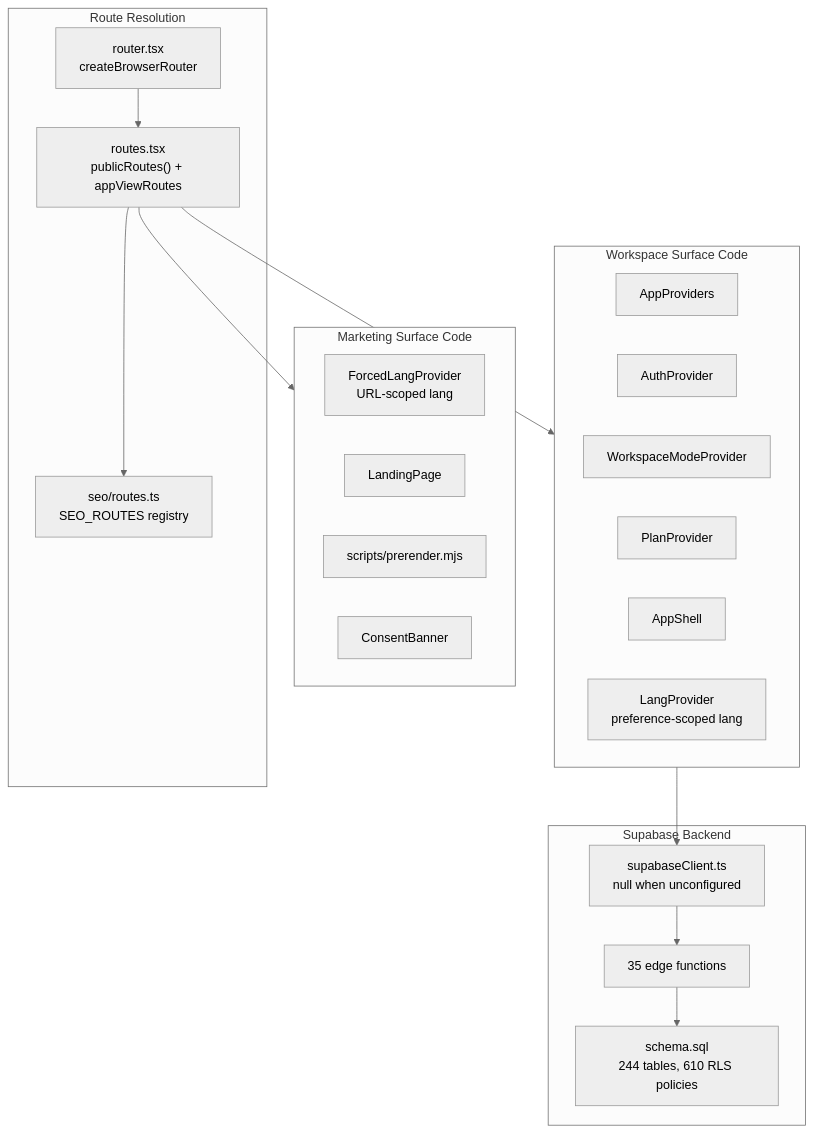
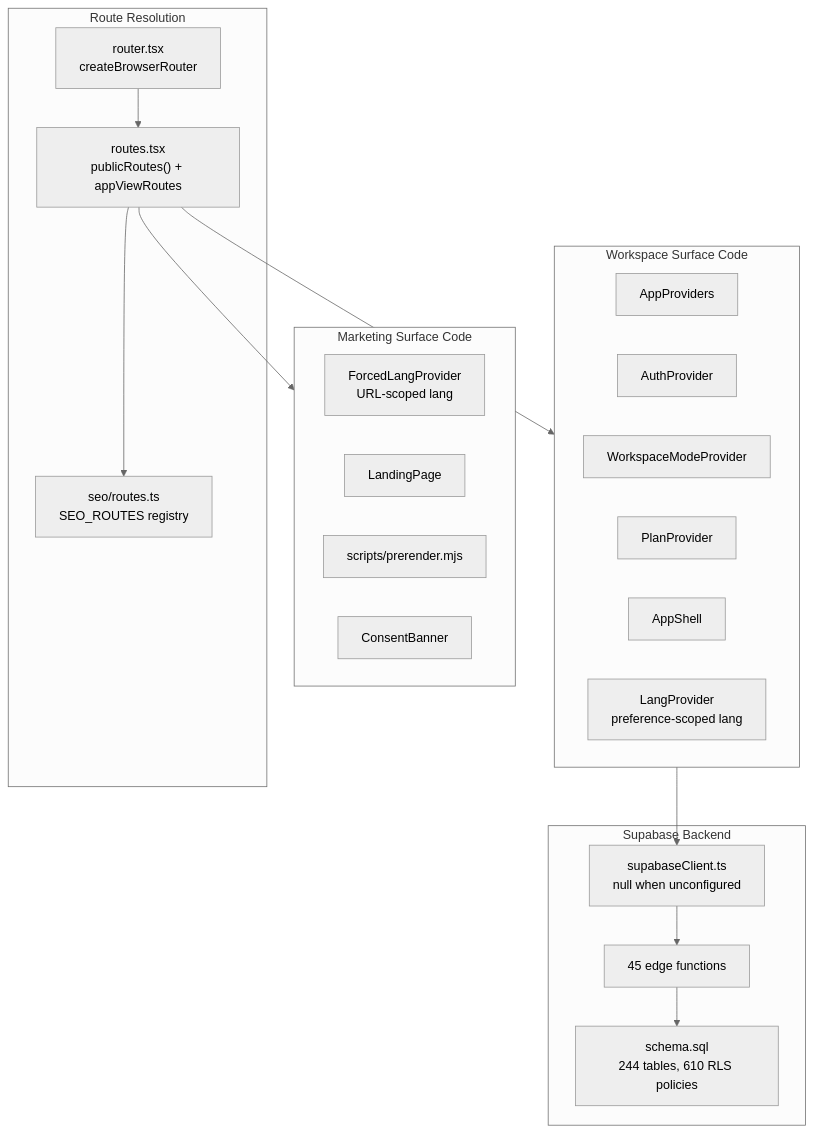
One commit to Dutiva-Canada/Dutiva_Web changed the second of 3 diagrams in docs/wiki/Home.md. Above: the diagram before and after it, drawn with Mermaid (neutral theme). The commit also changed other lines of this file and 590 other files, not shown here.

````diff
--- a/docs/wiki/Home.md
+++ b/docs/wiki/Home.md
@@ -142,38 +149,38 @@
 ```mermaid
 graph TB
     subgraph Routing["Route Resolution"]
         ROUTER["router.tsx<br>createBrowserRouter"]
         ROUTES["routes.tsx<br>publicRoutes() + appViewRoutes"]
         SEO_REG["seo/routes.ts<br>SEO_ROUTES registry"]
     end
 
     subgraph Marketing["Marketing Surface Code"]
         FORCED_LANG["ForcedLangProvider<br>URL-scoped lang"]
         LANDING["LandingPage"]
         PRERENDER["scripts/prerender.mjs"]
         CONSENT["ConsentBanner"]
     end
 
     subgraph Workspace["Workspace Surface Code"]
         APP_PROVIDERS["AppProviders"]
         AUTH_PROV["AuthProvider"]
         WM_PROV["WorkspaceModeProvider"]
         PLAN_PROV["PlanProvider"]
         SHELL["AppShell"]
         LANG_PROV["LangProvider<br>preference-scoped lang"]
     end
 
     subgraph Backend["Supabase Backend"]
         SUPA_CLIENT["supabaseClient.ts<br>null when unconfigured"]
-        EDGE_FNS["35 edge functions"]
+        EDGE_FNS["45 edge functions"]
         SCHEMA["schema.sql<br>244 tables, 610 RLS policies"]
     end
 
     ROUTER --> ROUTES
     ROUTES --> SEO_REG
     ROUTES --> Marketing
     ROUTES --> Workspace
     Workspace --> SUPA_CLIENT
     SUPA_CLIENT --> EDGE_FNS
     EDGE_FNS --> SCHEMA
 ```
````
